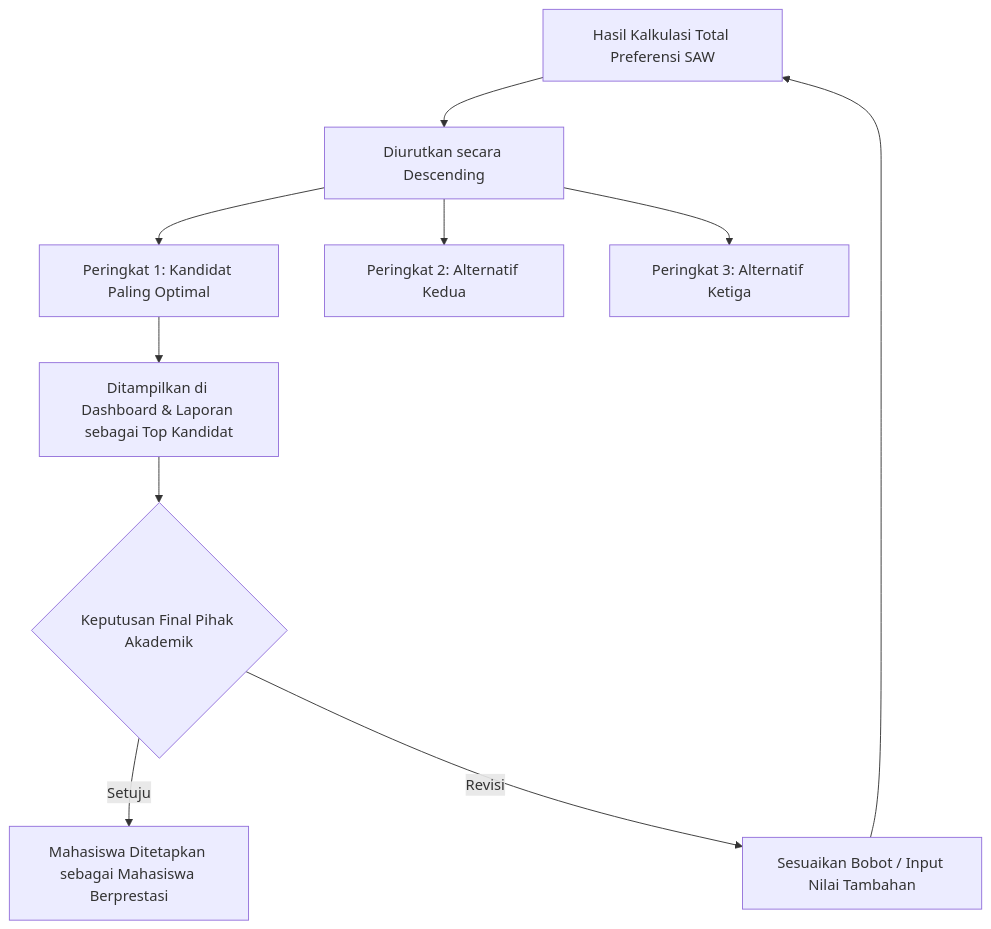
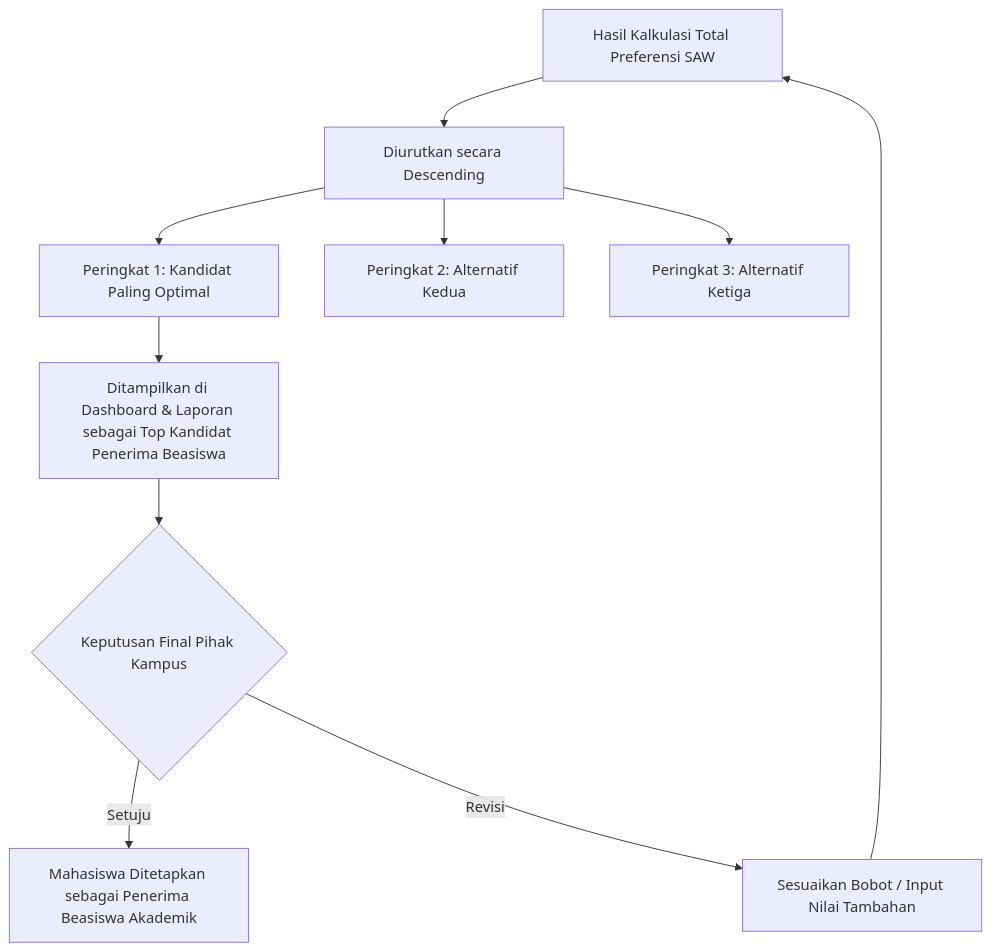
Before and after one commit to pujo698/tugas-spk: the diagram in rancangan_sistem/rekomendasi_keputusan.md, drawn with Mermaid. The commit also changed other lines of this file and 15 other files, not shown here.

Commit message:
docs: update documentation to reflect DSS Rekomendasi Penerima Beasiswa Akademik

````diff
--- a/rancangan_sistem/rekomendasi_keputusan.md
+++ b/rancangan_sistem/rekomendasi_keputusan.md
@@ -18,14 +19,14 @@
 ```mermaid
 flowchart TD
     HasilHitung[Hasil Kalkulasi Total Preferensi SAW] --> Sort[Diurutkan secara Descending]
     Sort --> Ranking1[Peringkat 1: Kandidat Paling Optimal]
     Sort --> Ranking2[Peringkat 2: Alternatif Kedua]
     Sort --> Ranking3[Peringkat 3: Alternatif Ketiga]
 
-    Ranking1 --> Rekomendasi[Ditampilkan di Dashboard & Laporan sebagai Top Kandidat]
+    Ranking1 --> Rekomendasi[Ditampilkan di Dashboard & Laporan sebagai Top Kandidat Penerima Beasiswa]
 
-    Rekomendasi --> KeputusanFinal{Keputusan Final Pihak Akademik}
-    KeputusanFinal -->|Setuju| Tetapkan[Mahasiswa Ditetapkan sebagai Mahasiswa Berprestasi]
+    Rekomendasi --> KeputusanFinal{Keputusan Final Pihak Kampus}
+    KeputusanFinal -->|Setuju| Tetapkan[Mahasiswa Ditetapkan sebagai Penerima Beasiswa Akademik]
     KeputusanFinal -->|Revisi| RevisiBobot[Sesuaikan Bobot / Input Nilai Tambahan]
     RevisiBobot --> HasilHitung
 ```
````
